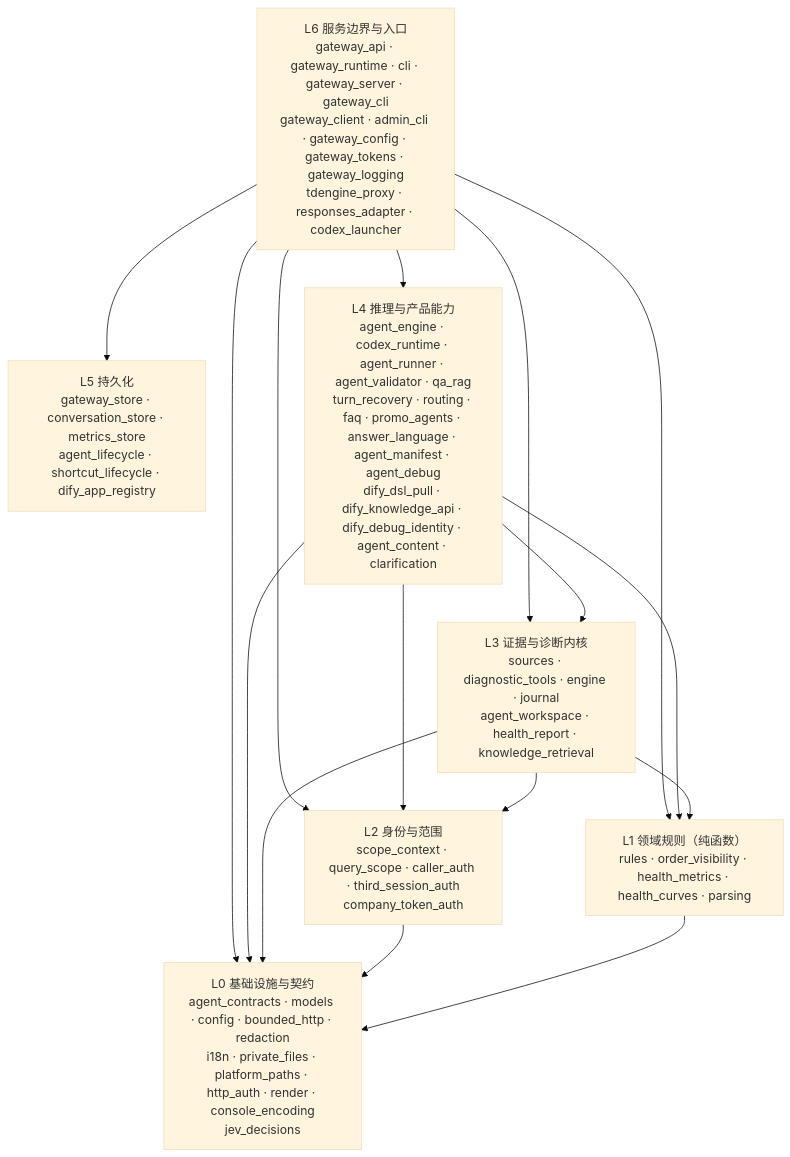
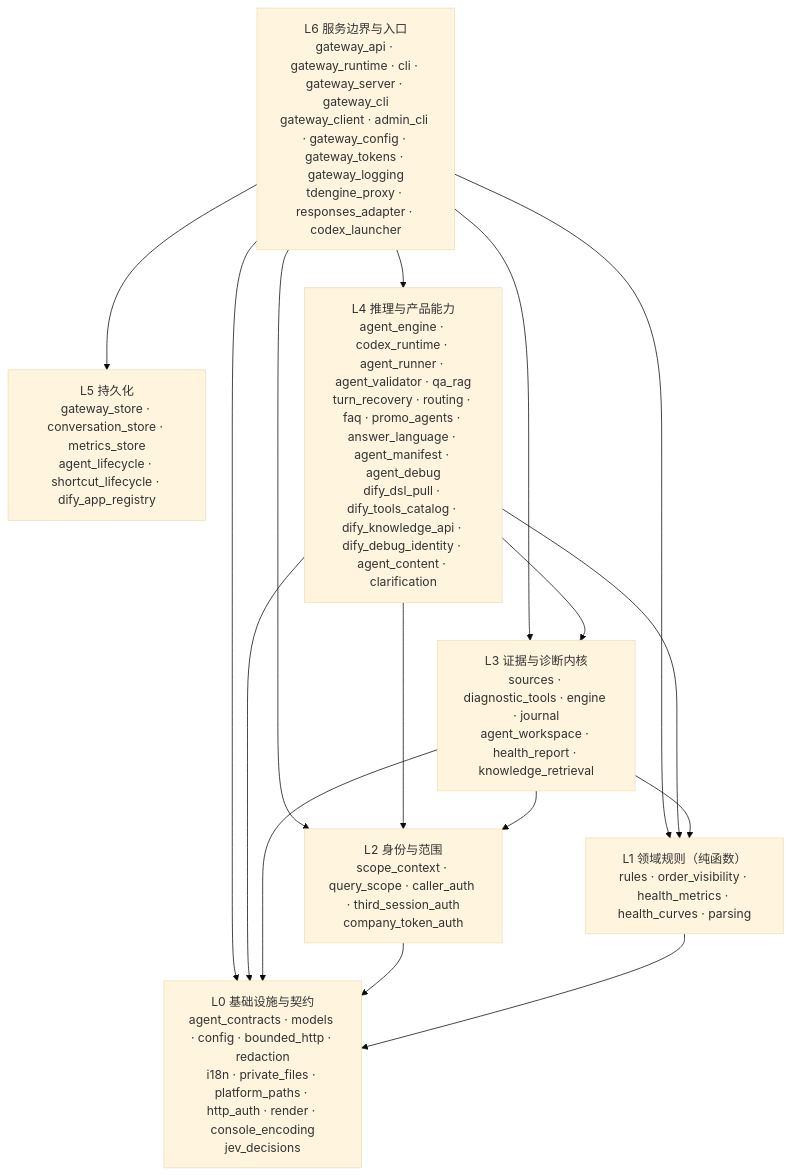
The diagram in README.md (kilbertert/AI-Ops), drawn with Mermaid (base theme) before and after one commit. The commit also changed other lines of this file and 13 other files, not shown here.

````diff
--- a/README.md
+++ b/README.md
@@ -183,26 +183,26 @@
 ```mermaid
 flowchart TB
     L6["L6 服务边界与入口<br/>gateway_api · gateway_runtime · cli · gateway_server · gateway_cli<br/>gateway_client · admin_cli · gateway_config · gateway_tokens · gateway_logging<br/>tdengine_proxy · responses_adapter · codex_launcher"]
     L5["L5 持久化<br/>gateway_store · conversation_store · metrics_store<br/>agent_lifecycle · shortcut_lifecycle · dify_app_registry"]
-    L4["L4 推理与产品能力<br/>agent_engine · codex_runtime · agent_runner · agent_validator · qa_rag<br/>turn_recovery · routing · faq · promo_agents · answer_language · agent_manifest · agent_debug<br/>dify_dsl_pull · dify_knowledge_api · dify_debug_identity · agent_content · clarification"]
+    L4["L4 推理与产品能力<br/>agent_engine · codex_runtime · agent_runner · agent_validator · qa_rag<br/>turn_recovery · routing · faq · promo_agents · answer_language · agent_manifest · agent_debug<br/>dify_dsl_pull · dify_tools_catalog · dify_knowledge_api · dify_debug_identity · agent_content · clarification"]
     L3["L3 证据与诊断内核<br/>sources · diagnostic_tools · engine · journal<br/>agent_workspace · health_report · knowledge_retrieval"]
     L2["L2 身份与范围<br/>scope_context · query_scope · caller_auth · third_session_auth<br/>company_token_auth"]
     L1["L1 领域规则（纯函数）<br/>rules · order_visibility · health_metrics · health_curves · parsing"]
     L0["L0 基础设施与契约<br/>agent_contracts · models · config · bounded_http · redaction<br/>i18n · private_files · platform_paths · http_auth · render · console_encoding<br/>jev_decisions"]
 
     L6 --> L5
     L6 --> L4
     L6 --> L3
     L6 --> L2
     L6 --> L1
     L6 --> L0
     L4 --> L3
     L4 --> L2
     L4 --> L1
     L4 --> L0
     L3 --> L2
     L3 --> L1
     L3 --> L0
     L2 --> L0
     L1 --> L0
 ```
````
